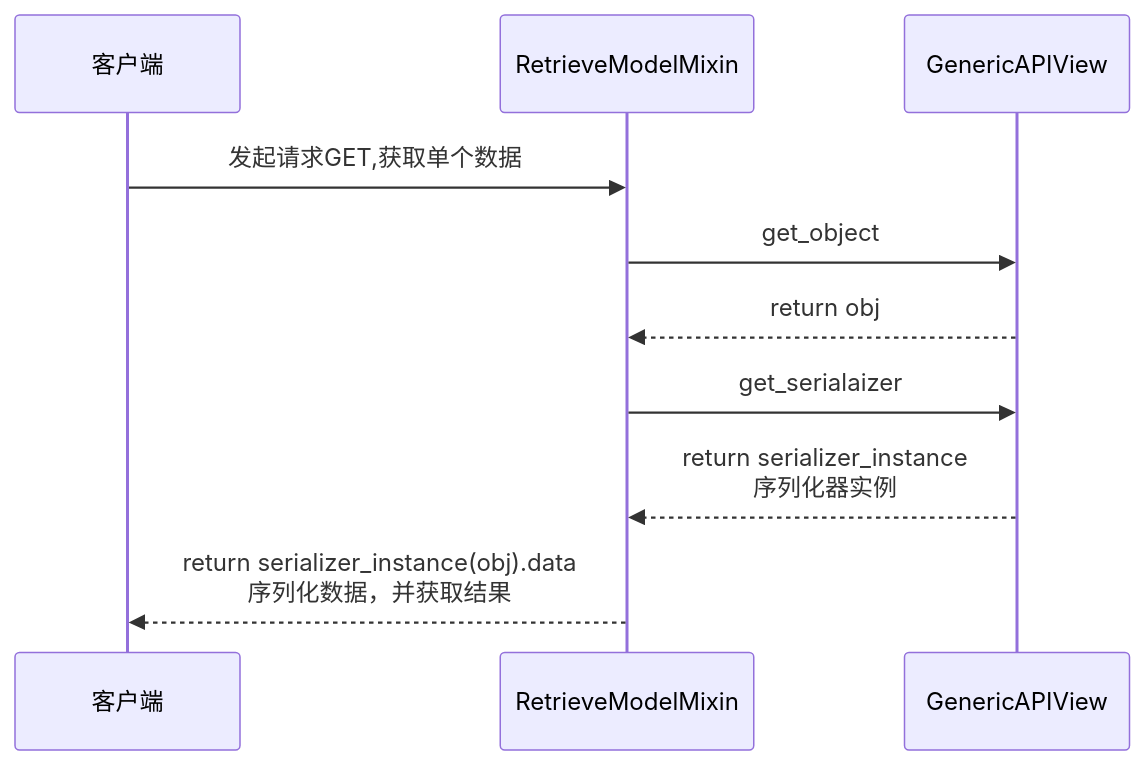
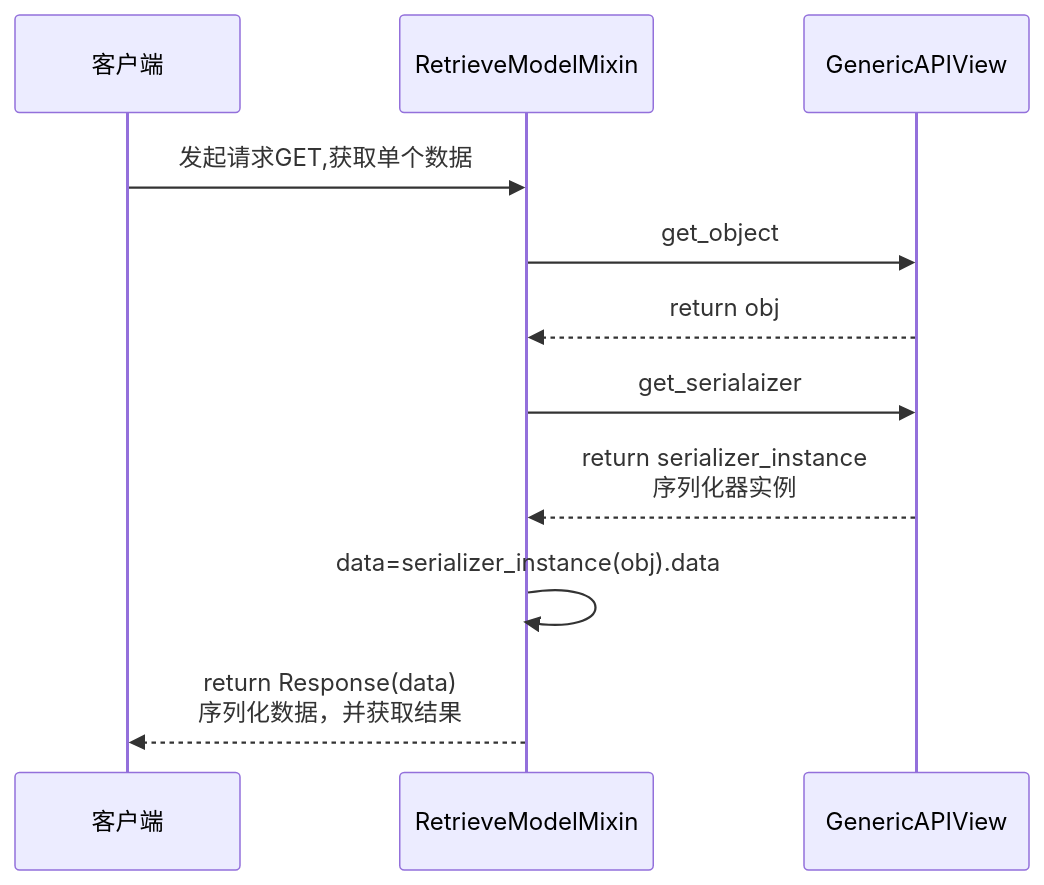
The fourth of 8 diagrams in docs/diagram/Views.md (HACK-WU/django-rest-framework), drawn with Mermaid before and after one commit. The commit also changed other lines of this file and 1 other file, not shown here.

Commit message:
feat: 添加GenericAPIView 相关图解

````diff
--- a/docs/diagram/Views.md
+++ b/docs/diagram/Views.md
@@ -85,22 +70,13 @@
 ```mermaid
 sequenceDiagram
     participant D as 客户端
     participant A as RetrieveModelMixin
     participant B as GenericAPIView
-  
-
-    D->>A: 发起请求GET,获取单个数据
-    A->>B: get_object
-    B-->>A: return obj
-    A->>B:get_serialaizer
-    B-->>A: return serializer_instance<br>序列化器实例
-    A-->>D: return  serializer_instance(obj).data<br>序列化数据，并获取结果
-
-
-
-
-
-
-
-
+    D ->> A: 发起请求GET,获取单个数据
+    A ->> B: get_object
+    B -->> A: return obj
+    A ->> B: get_serialaizer
+    B -->> A: return serializer_instance<br>序列化器实例
+    A ->> A: data=serializer_instance(obj).data
+    A -->> D: return Response(data)<br>序列化数据，并获取结果
 ```
````
